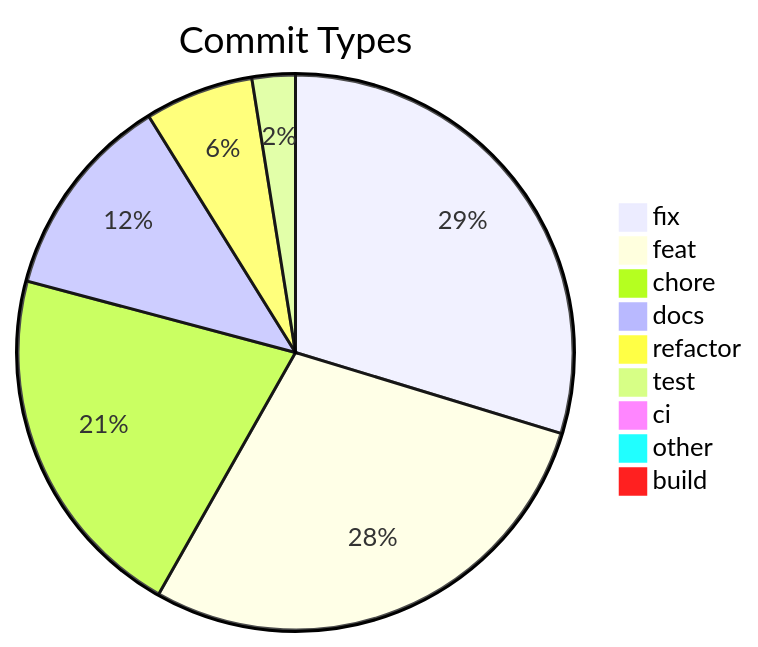
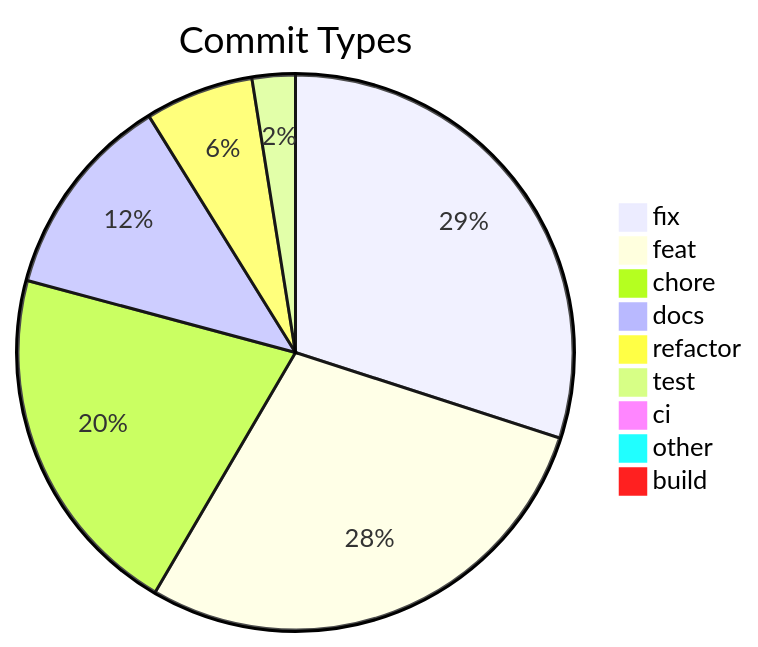
Before and after one commit to svenroth-ai/shipwright: the diagram in .shipwright/compliance/change-history.md, drawn with Mermaid. The commit also changed other lines of this file and 36 other files, not shown here.

````diff
--- a/.shipwright/compliance/change-history.md
+++ b/.shipwright/compliance/change-history.md
@@ -10,12 +10,12 @@
 ```mermaid
 pie title Commit Types
-    "fix" : 366
+    "fix" : 370
     "feat" : 351
-    "chore" : 258
+    "chore" : 256
     "docs" : 148
     "refactor" : 78
     "test" : 31
     "ci" : 11
     "other" : 9
     "build" : 1
 ```
````
